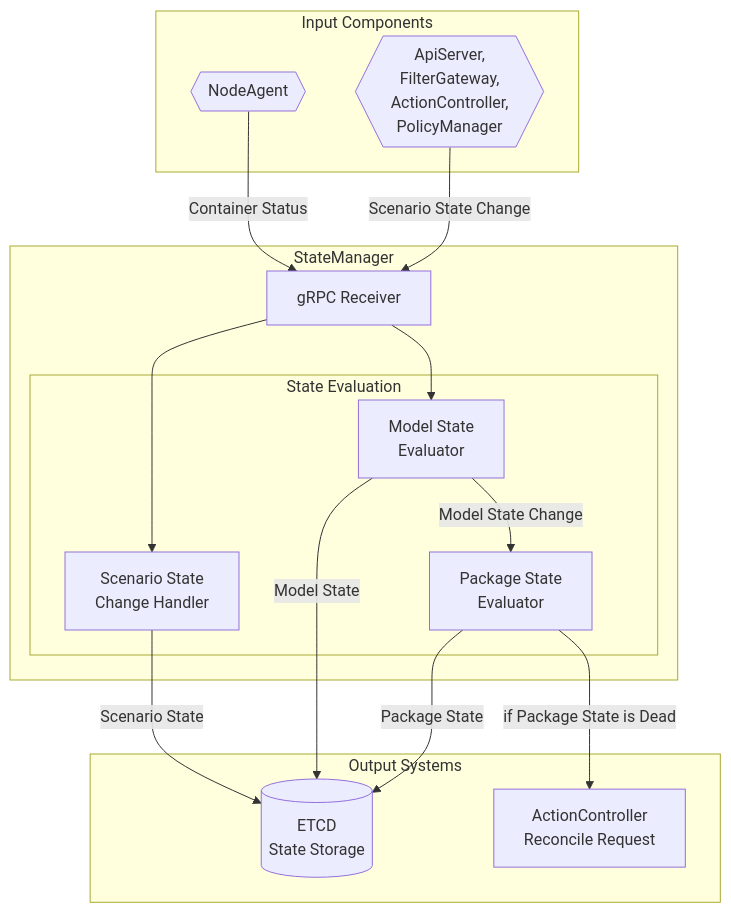
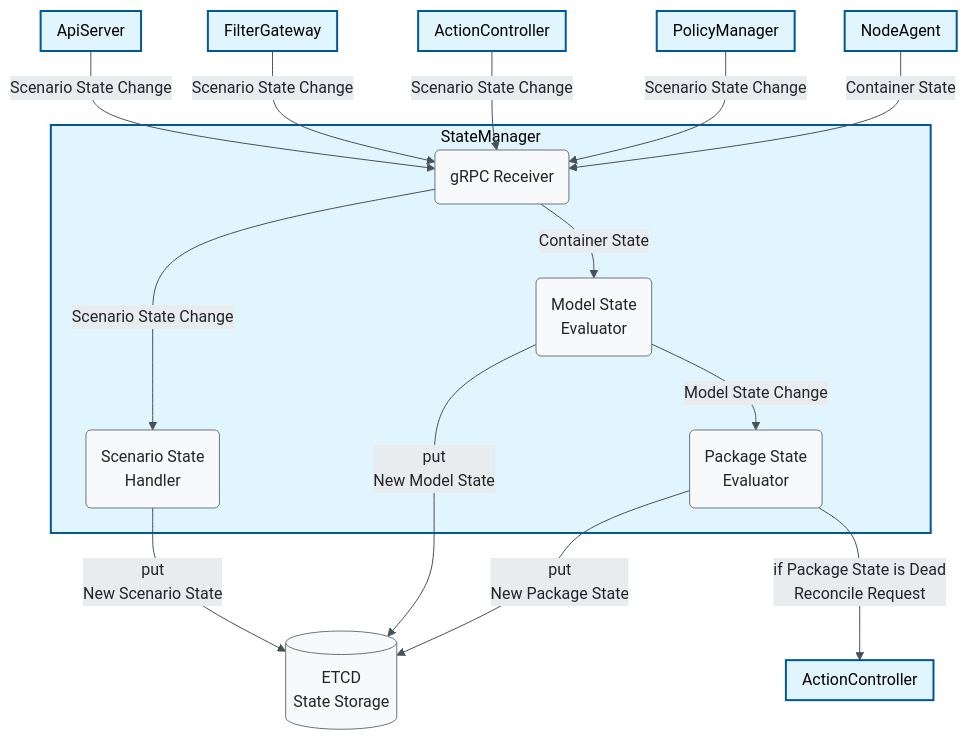
Before and after one commit to youngtaekiim/pullpiri: the first of 3 diagrams in doc/architecture/KR/3.LLD/StateManager_review.md, drawn with Mermaid. The commit also changed other lines of this file, not shown here.

````diff
--- a/doc/architecture/KR/3.LLD/StateManager_review.md
+++ b/doc/architecture/KR/3.LLD/StateManager_review.md
@@ -5,39 +5,52 @@
 ```mermaid
+%%{init: {'theme':'base', 'themeVariables': {'primaryColor': '#f8f9fa', 'primaryTextColor': '#212529', 'primaryBorderColor': '#6c757d', 'lineColor': '#495057', 'secondaryColor': '#e9ecef', 'tertiaryColor': '#ffffff'}}}%%
 graph TB
-  subgraph "Input Components"
-        NA{{NodeAgent}}
-        AS{{ApiServer,<br/> FilterGateway,<br/> ActionController,<br/> PolicyManager}}
+    %% Input Components
+    subgraph NA ["NodeAgent"]
+    end
+    subgraph AS ["ApiServer"]
+    end
+    subgraph FG ["FilterGateway"]
+    end
+    subgraph AC ["ActionController"]
+    end
+    subgraph ACR ["ActionController"]
     end
 
-    subgraph "StateManager"
-        SM[gRPC Receiver]
-        
-        subgraph "State Evaluation"
-            SE1[Scenario State<br/>Change Handler]
-            SE2[Model State<br/>Evaluator]
-            SE3[Package State<br/>Evaluator]
-        end
+    subgraph PM ["PolicyManager"]
+    end
+    %% StateManager with internal functions
+    subgraph SM_BOX ["StateManager"]
+        SM(gRPC Receiver)
+        SSH(Scenario State<br/>Handler)
+        MSE(Model State<br/>Evaluator)
+        PSE(Package State<br/>Evaluator)
     end
     
-    subgraph "Output Systems"
-        ETCD[(ETCD<br/>State Storage)]
-        AC_OUT[ActionController<br/>Reconcile Request]
-    end
+    %% Output Systems
+    ETCD[(ETCD<br/>State Storage)]
     
     %% Input flows
-    NA -->|Container Status| SM
     AS -->|Scenario State Change| SM
+    FG -->|Scenario State Change| SM
+    AC -->|Scenario State Change| SM
+    PM -->|Scenario State Change| SM
+    NA -->|Container State| SM
     
-    %% Internal processing
-    SM --> SE1
-    SM --> SE2
+    %% Internal StateManager flows
+    SM -->|Container State| MSE
+    SM -->|Scenario State Change| SSH
     
-    %% State evaluation flow
-    SE2 -->|Model State Change| SE3
-    SE3 -->|if Package State is Dead| AC_OUT
+    %% Processing flows
+    SSH -->|put<br/>New Scenario State| ETCD
+    MSE -->|put<br/>New Model State| ETCD
+    MSE -->|Model State Change| PSE
+    PSE -->|put<br/>New Package State| ETCD
+    PSE -->|if Package State is Dead<br/>Reconcile Request| ACR
+    %% 컴포넌트 스타일 정의
+    classDef componentStyle fill:#e1f5fe,stroke:#01579b,stroke-width:2px,color:#000
+    classDef stateManagerStyle fill:#f3e5f5,stroke:#4a148c,stroke-width:2px,color:#000
     
-    %% Output flows
-    SE1 -->|Scenario State| ETCD
-    SE2 -->|Model State| ETCD
-    SE3 -->|Package State| ETCD
+    %% 컴포넌트에 스타일 적용
+    class NA,AS,FG,AC,ACR,PM,SM_BOX componentStyle
 ```
````
